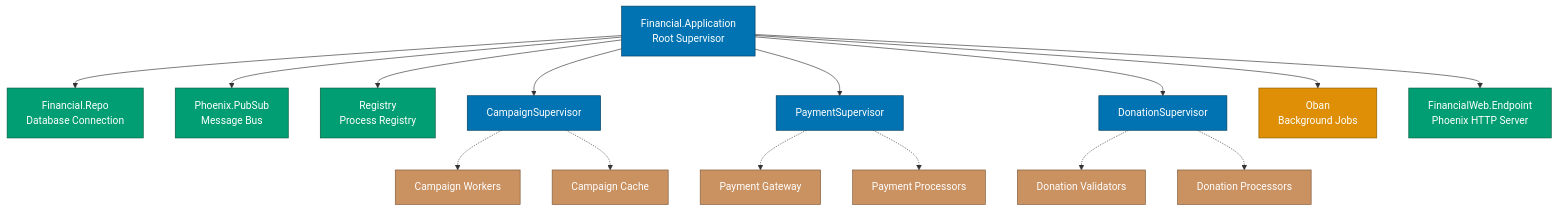
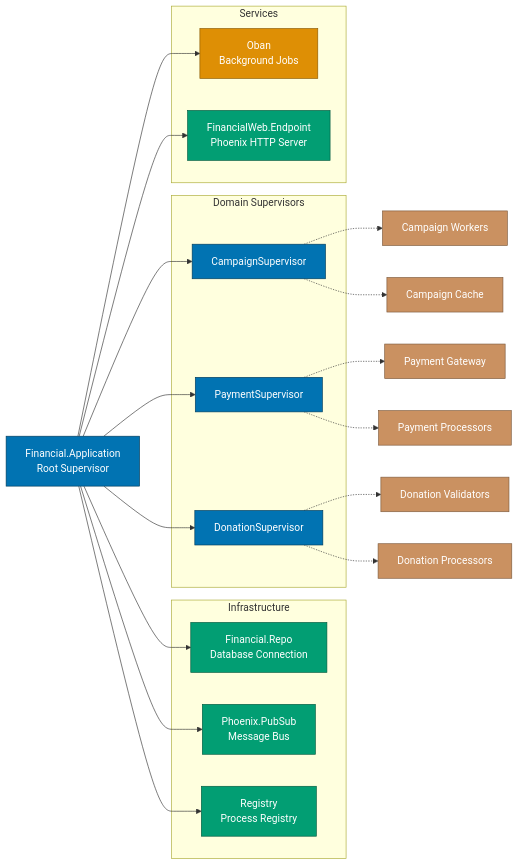
Before and after one commit to wahidyankf/open-sharia-enterprise: the first of 7 diagrams in docs/explanation/software-engineering/programming-languages/elixir/otp-application.md, drawn with Mermaid. The commit also changed other lines of this file and 16 other files, not shown here.

First line of the commit message:
fix(docs): fix mermaid violations in elixir docs

````diff
--- a/docs/explanation/software-engineering/programming-languages/elixir/otp-application.md
+++ b/docs/explanation/software-engineering/programming-languages/elixir/otp-application.md
@@ -90,54 +90,53 @@
 ```mermaid
-graph TD
+graph LR
     App[Financial.Application<br/>Root Supervisor]
 
-    Repo[Financial.Repo<br/>Database Connection]
-    PubSub[Phoenix.PubSub<br/>Message Bus]
-    Registry[Registry<br/>Process Registry]
+    subgraph "Infrastructure"
+        Repo[Financial.Repo<br/>Database Connection]
+        PubSub[Phoenix.PubSub<br/>Message Bus]
+        Registry[Registry<br/>Process Registry]
+    end
 
-    CampSup[CampaignSupervisor]
-    PaySup[PaymentSupervisor]
-    DonSup[DonationSupervisor]
+    subgraph "Domain Supervisors"
+        CampSup[CampaignSupervisor]
+        PaySup[PaymentSupervisor]
+        DonSup[DonationSupervisor]
+    end
 
-    CampW1[Campaign Workers]
-    CampW2[Campaign Cache]
-    PayW1[Payment Gateway]
-    PayW2[Payment Processors]
-    DonW1[Donation Validators]
-    DonW2[Donation Processors]
-
-    Oban[Oban<br/>Background Jobs]
-    Endpoint[FinancialWeb.Endpoint<br/>Phoenix HTTP Server]
+    subgraph "Services"
+        Oban[Oban<br/>Background Jobs]
+        Endpoint[FinancialWeb.Endpoint<br/>Phoenix HTTP Server]
+    end
 
     App --> Repo
     App --> PubSub
     App --> Registry
     App --> CampSup
     App --> PaySup
     App --> DonSup
     App --> Oban
     App --> Endpoint
 
-    CampSup -.-> CampW1
-    CampSup -.-> CampW2
-    PaySup -.-> PayW1
-    PaySup -.-> PayW2
-    DonSup -.-> DonW1
-    DonSup -.-> DonW2
+    CampSup -.-> CampW1[Campaign Workers]
+    CampSup -.-> CampW2[Campaign Cache]
+    PaySup -.-> PayW1[Payment Gateway]
+    PaySup -.-> PayW2[Payment Processors]
+    DonSup -.-> DonW1[Donation Validators]
+    DonSup -.-> DonW2[Donation Processors]
 
     style App fill:#0173B2,stroke:#023B5A,color:#FFF
     style Repo fill:#029E73,stroke:#01593F,color:#FFF
     style PubSub fill:#029E73,stroke:#01593F,color:#FFF
     style Registry fill:#029E73,stroke:#01593F,color:#FFF
     style CampSup fill:#0173B2,stroke:#023B5A,color:#FFF
     style PaySup fill:#0173B2,stroke:#023B5A,color:#FFF
     style DonSup fill:#0173B2,stroke:#023B5A,color:#FFF
     style Oban fill:#DE8F05,stroke:#8A5903,color:#FFF
     style Endpoint fill:#029E73,stroke:#01593F,color:#FFF
     style CampW1 fill:#CA9161,stroke:#7D5A3D,color:#FFF
     style CampW2 fill:#CA9161,stroke:#7D5A3D,color:#FFF
     style PayW1 fill:#CA9161,stroke:#7D5A3D,color:#FFF
     style PayW2 fill:#CA9161,stroke:#7D5A3D,color:#FFF
     style DonW1 fill:#CA9161,stroke:#7D5A3D,color:#FFF
     style DonW2 fill:#CA9161,stroke:#7D5A3D,color:#FFF
 ```
````
